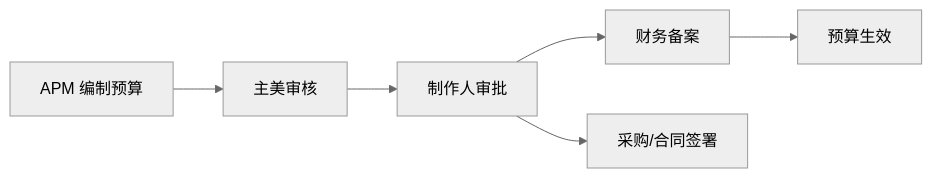
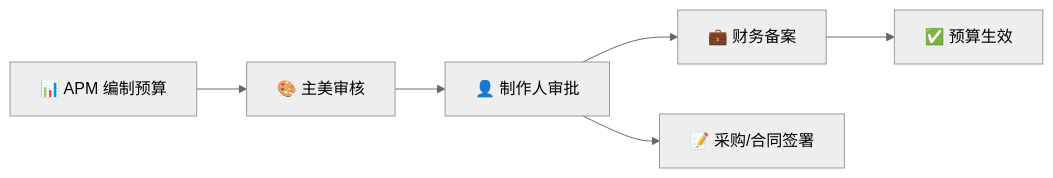
One commit to diedie23/Game-Knowledge-Base changed the first of 2 diagrams in docs/knowledge-base/budget-apply.md. Above: the diagram before and after it, drawn with Mermaid (neutral theme). The commit also changed other lines of this file and 4 other files, not shown here.

````diff
--- a/docs/knowledge-base/budget-apply.md
+++ b/docs/knowledge-base/budget-apply.md
@@ -13,8 +13,8 @@
 ```mermaid
 graph LR
-    A[APM 编制预算] --> B[主美审核]
-    B --> C[制作人审批]
-    C --> D[财务备案]
-    C --> E[采购/合同签署]
-    D --> F[预算生效]
+    A[📊 APM 编制预算] --> B[🎨 主美审核]
+    B --> C[👤 制作人审批]
+    C --> D[💼 财务备案]
+    C --> E[📝 采购/合同签署]
+    D --> F[✅ 预算生效]
 ```
````
